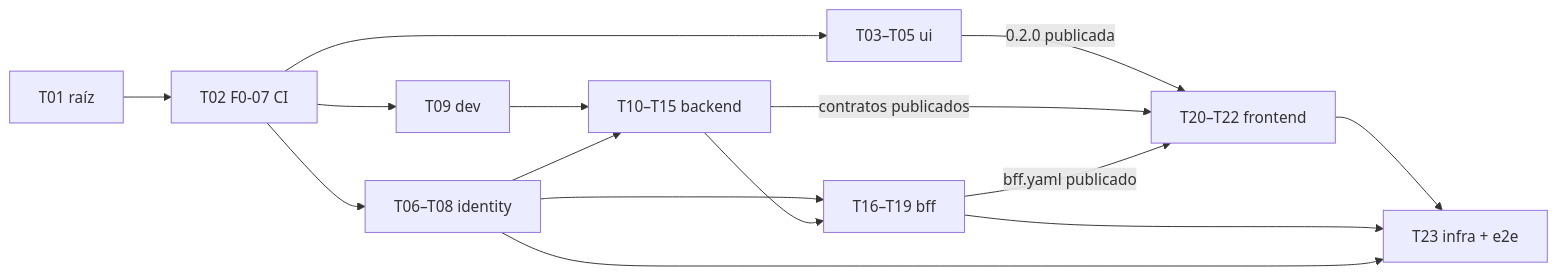
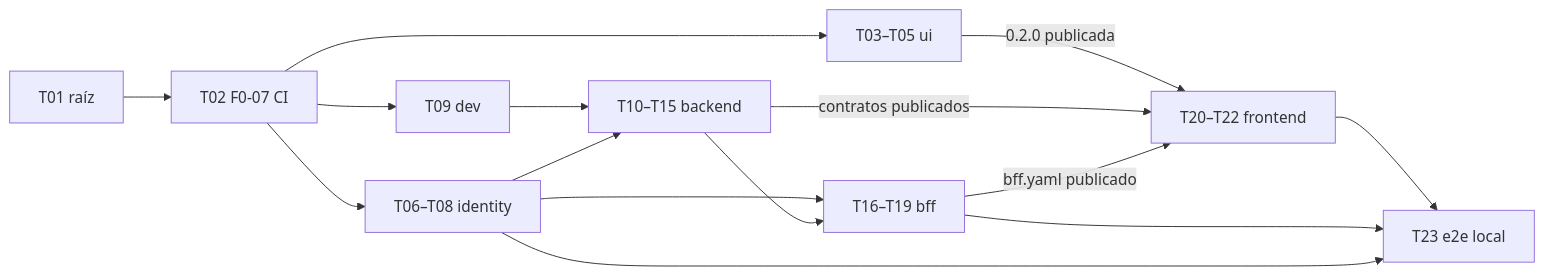
One commit to jorgearaujoSap/liv changed the diagram in spec/features/001-inicio-de-sesion/tasks.md. Above: the diagram before and after it, drawn with Mermaid. The commit also changed other lines of this file and 9 other files, not shown here.

````diff
--- a/spec/features/001-inicio-de-sesion/tasks.md
+++ b/spec/features/001-inicio-de-sesion/tasks.md
@@ -13,13 +13,13 @@
 ```mermaid
 flowchart LR
     T01[T01 raíz] --> T02[T02 F0-07 CI]
     T02 --> UI[T03–T05 ui] & ID[T06–T08 identity] & DEV[T09 dev]
     DEV --> BE[T10–T15 backend]
     ID --> BE
     ID --> BFF[T16–T19 bff]
     BE --> BFF
     UI -->|0.2.0 publicada| FE[T20–T22 frontend]
     BE -->|contratos publicados| FE
     BFF -->|bff.yaml publicado| FE
-    FE & BFF & ID --> E2E[T23 infra + e2e]
+    FE & BFF & ID --> E2E[T23 e2e local]
 ```
````
